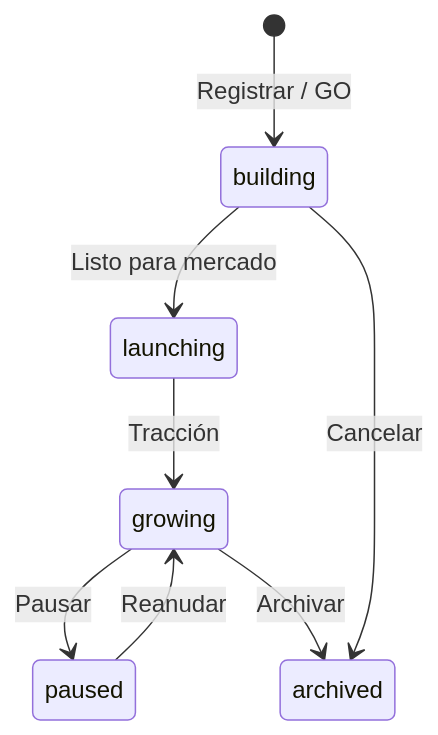
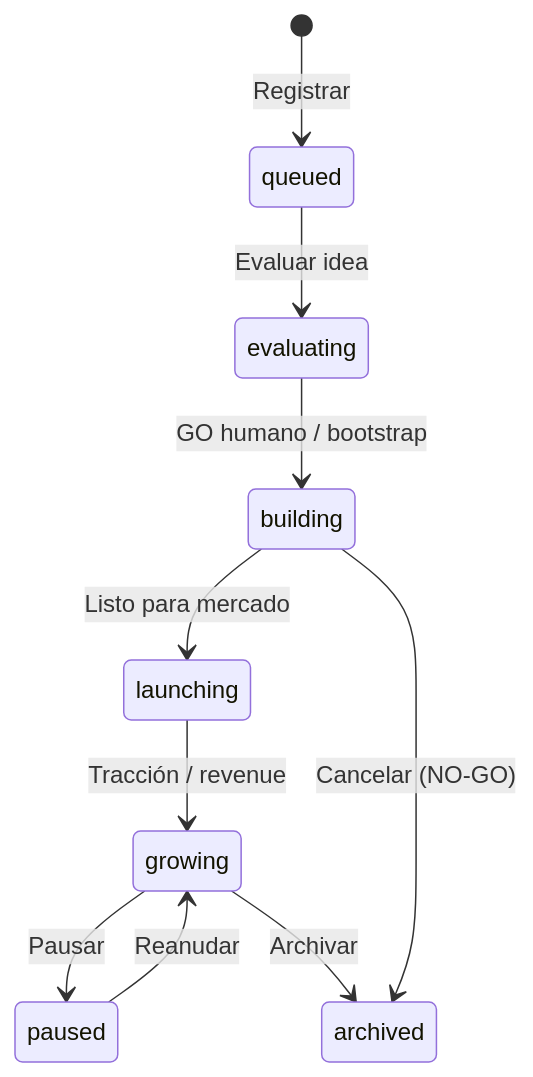
One commit to kreodevs/ia-company changed the diagram in frontend/src/content/help/guia-productos.md. Above: the diagram before and after it, drawn with Mermaid. The commit also changed other lines of this file and 21 other files, not shown here.

````diff
--- a/frontend/src/content/help/guia-productos.md
+++ b/frontend/src/content/help/guia-productos.md
@@ -18,10 +19,12 @@
 ```mermaid
 stateDiagram-v2
-  [*] --> building: Registrar / GO
+  [*] --> queued: Registrar
+  queued --> evaluating: Evaluar idea
+  evaluating --> building: GO humano / bootstrap
   building --> launching: Listo para mercado
-  launching --> growing: Tracción
+  launching --> growing: Tracción / revenue
   growing --> paused: Pausar
   paused --> growing: Reanudar
   growing --> archived: Archivar
-  building --> archived: Cancelar
+  building --> archived: Cancelar (NO-GO)
 ```
````
